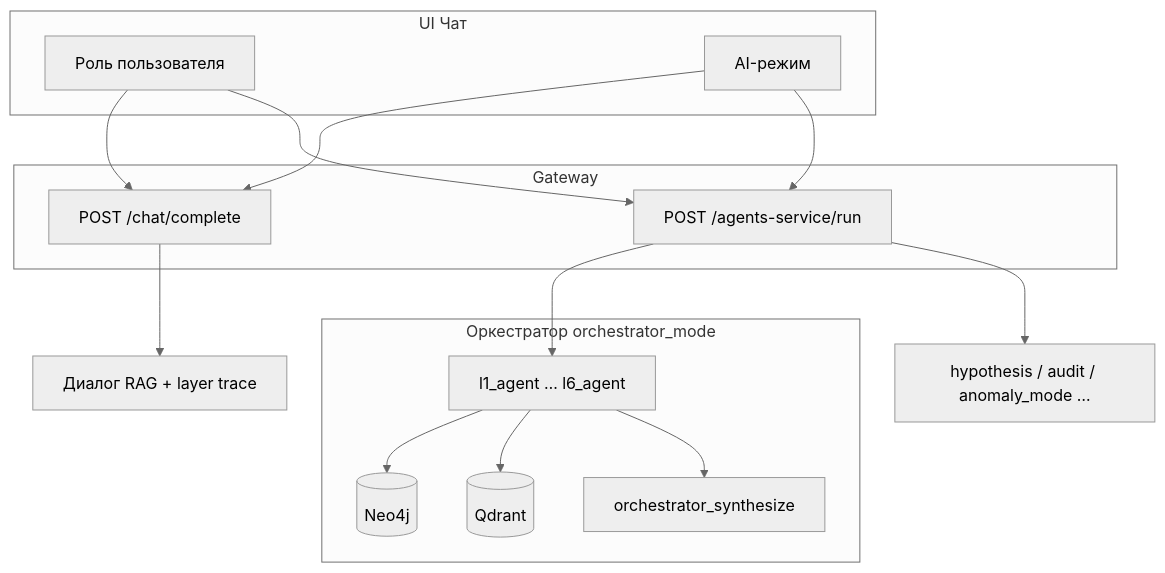
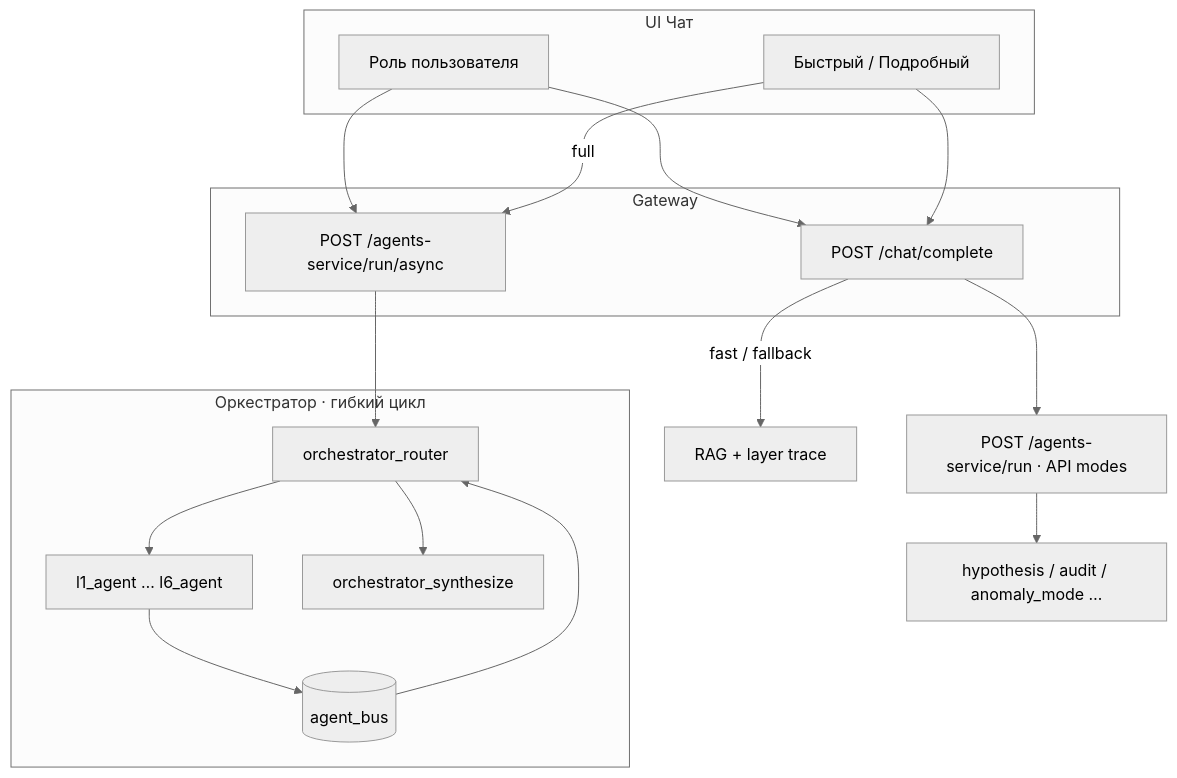
Before and after one commit to Pesimistixxx/NrnklKlubok: the diagram in services/gateway/app/static/docs/roles-vs-agents.md, drawn with Mermaid (neutral theme). The commit also changed other lines of this file and 50 other files, not shown here.

````diff
--- a/services/gateway/app/static/docs/roles-vs-agents.md
+++ b/services/gateway/app/static/docs/roles-vs-agents.md
@@ -11,27 +13,28 @@
 ```mermaid
 flowchart TB
   subgraph ui [UI Чат]
     ROLE[Роль пользователя]
-    MODE[AI-режим]
+    SPEED[Быстрый / Подробный]
   end
   subgraph gateway [Gateway]
     CHAT[POST /chat/complete]
-    AGENTS[POST /agents-service/run]
+    ASYNC[POST /agents-service/run/async]
   end
-  subgraph orch [Оркестратор orchestrator_mode]
-    L1[l1_agent … l6_agent]
-    N4j[(Neo4j)]
-    QD[(Qdrant)]
+  subgraph orch [Оркестратор · гибкий цикл]
+    ROUTER[orchestrator_router]
+    Lx[l1_agent … l6_agent]
+    BUS[(agent_bus)]
     SYN[orchestrator_synthesize]
+    ROUTER --> Lx
+    Lx --> BUS --> ROUTER
+    ROUTER --> SYN
   end
   ROLE --> CHAT
-  ROLE --> AGENTS
-  MODE --> CHAT
-  MODE --> AGENTS
-  CHAT --> DIALOG[Диалог RAG + layer trace]
-  AGENTS --> L1
-  L1 --> N4j
-  L1 --> QD
-  L1 --> SYN
+  ROLE --> ASYNC
+  SPEED --> CHAT
+  SPEED -->|full| ASYNC
+  CHAT -->|fast / fallback| RAG[RAG + layer trace]
+  ASYNC --> ROUTER
+  CHAT --> AGENTS[POST /agents-service/run · API modes]
   AGENTS --> MODES[hypothesis / audit / anomaly_mode …]
 ```
````
